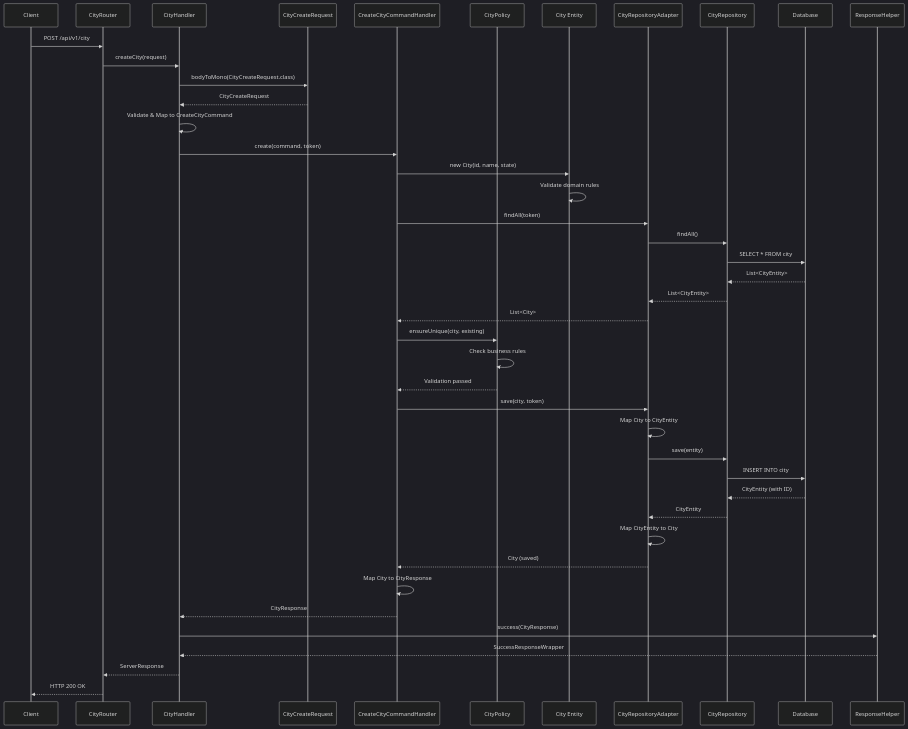
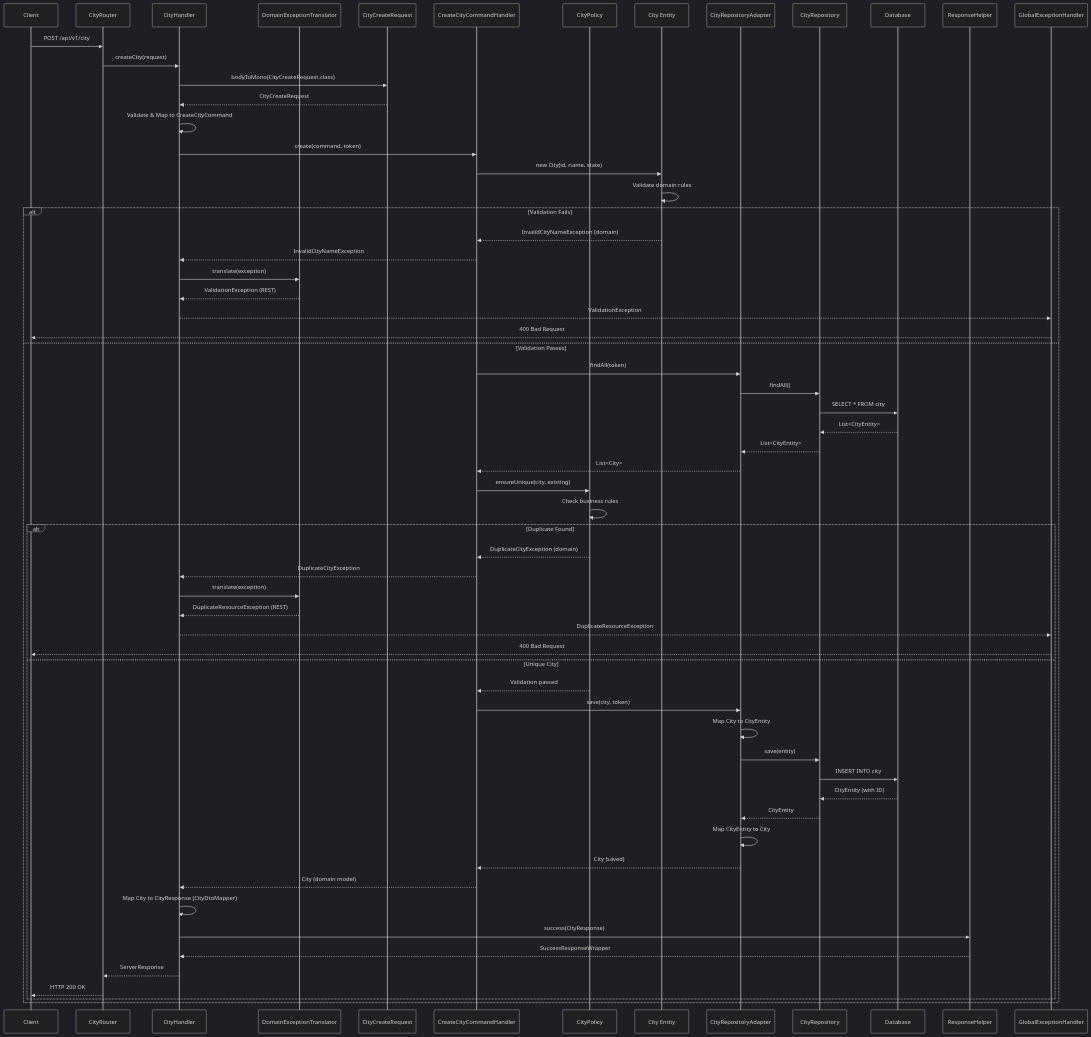
The second of 3 diagrams in Architecture.md (rajib-reea/spring-hexagonal-pjt), drawn with Mermaid (dark theme) before and after one commit. The commit also changed other lines of this file, not shown here.

Commit message:
Update Architecture.md with exception translation improvements

````diff
--- a/Architecture.md
+++ b/Architecture.md
@@ -231,46 +244,66 @@
 ```mermaid
 sequenceDiagram
     participant C as Client
     participant R as CityRouter
     participant H as CityHandler
+    participant T as DomainExceptionTranslator
     participant Req as CityCreateRequest
     participant S as CreateCityCommandHandler
     participant P as CityPolicy
     participant City as City Entity
     participant A as CityRepositoryAdapter
     participant Repo as CityRepository
     participant DB as Database
     participant Helper as ResponseHelper
+    participant EH as GlobalExceptionHandler
 
     C->>R: POST /api/v1/city
     R->>H: createCity(request)
     H->>Req: bodyToMono(CityCreateRequest.class)
     Req-->>H: CityCreateRequest
     H->>H: Validate & Map to CreateCityCommand
     H->>S: create(command, token)
     S->>City: new City(id, name, state)
     City->>City: Validate domain rules
-    S->>A: findAll(token)
-    A->>Repo: findAll()
-    Repo->>DB: SELECT * FROM city
-    DB-->>Repo: List<CityEntity>
-    Repo-->>A: List<CityEntity>
-    A-->>S: List<City>
-    S->>P: ensureUnique(city, existing)
-    P->>P: Check business rules
-    P-->>S: Validation passed
-    S->>A: save(city, token)
-    A->>A: Map City to CityEntity
-    A->>Repo: save(entity)
-    Repo->>DB: INSERT INTO city
-    DB-->>Repo: CityEntity (with ID)
-    Repo-->>A: CityEntity
-    A->>A: Map CityEntity to City
-    A-->>S: City (saved)
-    S->>S: Map City to CityResponse
-    S-->>H: CityResponse
-    H->>Helper: success(CityResponse)
-    Helper-->>H: SuccessResponseWrapper
-    H-->>R: ServerResponse
-    R-->>C: HTTP 200 OK
+    alt Validation Fails
+        City-->>S: InvalidCityNameException (domain)
+        S-->>H: InvalidCityNameException
+        H->>T: translate(exception)
+        T-->>H: ValidationException (REST)
+        H-->>EH: ValidationException
+        EH-->>C: 400 Bad Request
+    else Validation Passes
+        S->>A: findAll(token)
+        A->>Repo: findAll()
+        Repo->>DB: SELECT * FROM city
+        DB-->>Repo: List<CityEntity>
+        Repo-->>A: List<CityEntity>
+        A-->>S: List<City>
+        S->>P: ensureUnique(city, existing)
+        P->>P: Check business rules
+        alt Duplicate Found
+            P-->>S: DuplicateCityException (domain)
+            S-->>H: DuplicateCityException
+            H->>T: translate(exception)
+            T-->>H: DuplicateResourceException (REST)
+            H-->>EH: DuplicateResourceException
+            EH-->>C: 400 Bad Request
+        else Unique City
+            P-->>S: Validation passed
+            S->>A: save(city, token)
+            A->>A: Map City to CityEntity
+            A->>Repo: save(entity)
+            Repo->>DB: INSERT INTO city
+            DB-->>Repo: CityEntity (with ID)
+            Repo-->>A: CityEntity
+            A->>A: Map CityEntity to City
+            A-->>S: City (saved)
+            S-->>H: City (domain model)
+            H->>H: Map City to CityResponse (CityDtoMapper)
+            H->>Helper: success(CityResponse)
+            Helper-->>H: SuccessResponseWrapper
+            H-->>R: ServerResponse
+            R-->>C: HTTP 200 OK
+        end
+    end
 ```
````
